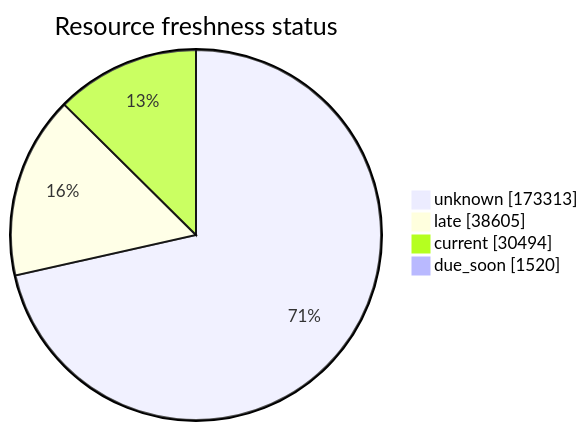
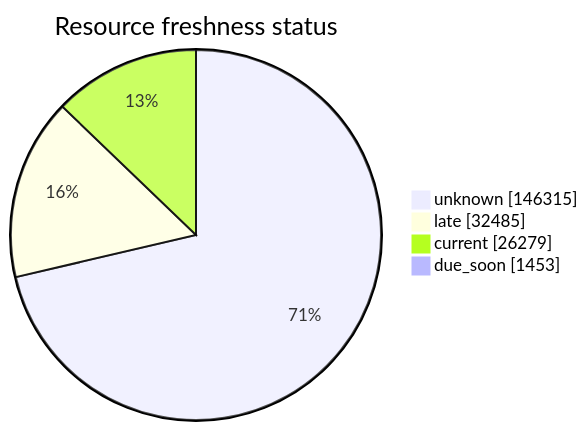
The third of 5 diagrams in FreshCheck/README.md (open-data/analytics-corporate-reporting), drawn with Mermaid before and after one commit. The commit also changed other lines of this file and 3 other files, not shown here.

````diff
--- a/FreshCheck/README.md
+++ b/FreshCheck/README.md
@@ -77,7 +77,7 @@
 ```mermaid
 pie showData title Resource freshness status
-    "unknown": 173313
-    "late": 38605
-    "current": 30494
-    "due_soon": 1520
+    "unknown": 146315
+    "late": 32485
+    "current": 26279
+    "due_soon": 1453
 ```
````
